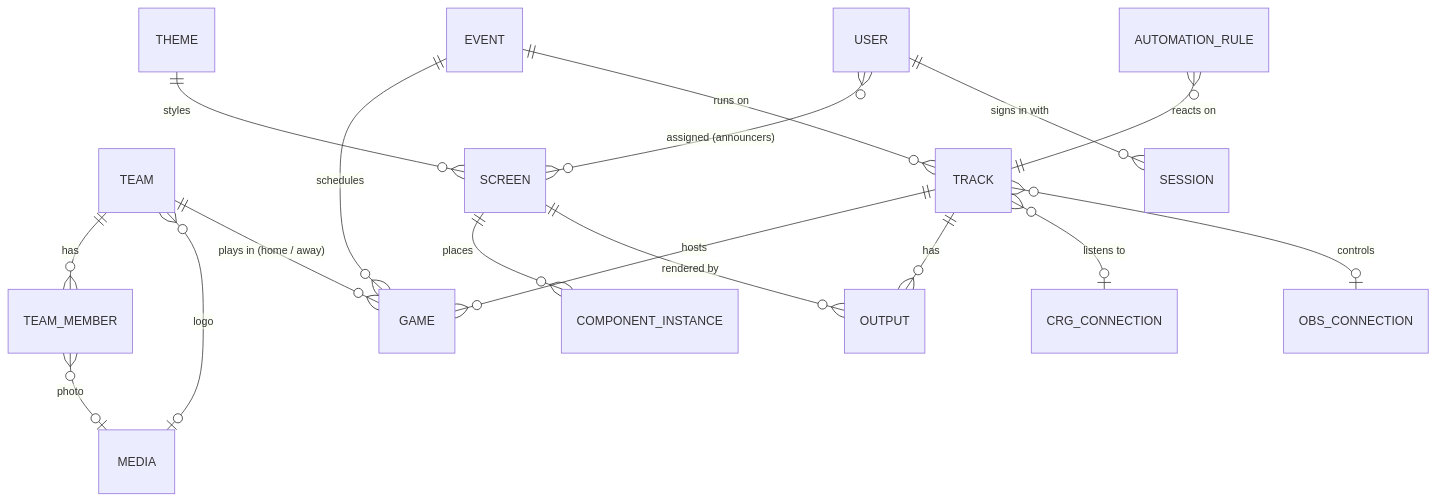
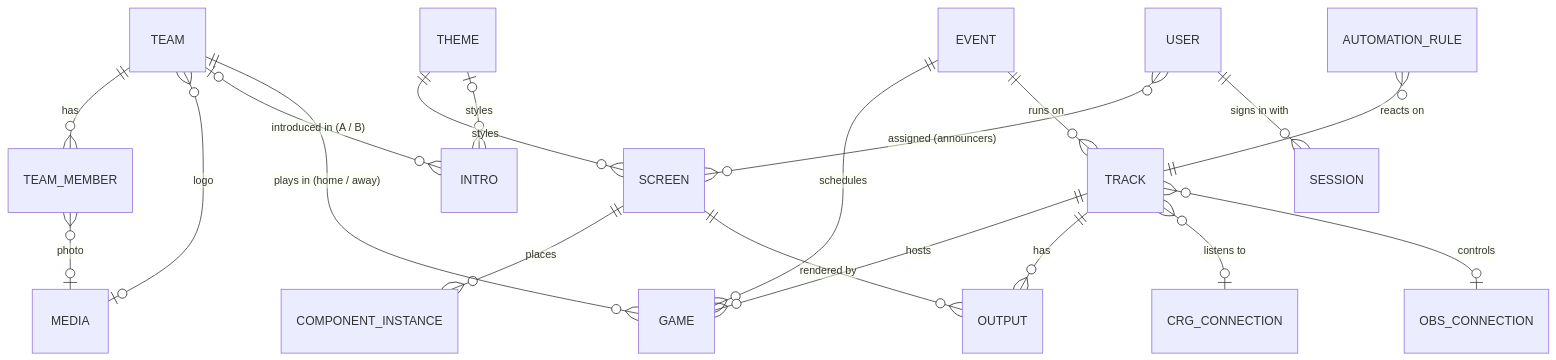
Before and after one commit to wardmanm/rollcall_derby: the diagram in docs/architecture/data-model.md, drawn with Mermaid. The commit also changed other lines of this file and 12 other files, not shown here.

````diff
--- a/docs/architecture/data-model.md
+++ b/docs/architecture/data-model.md
@@ -10,19 +10,21 @@
 ```mermaid
 erDiagram
   TEAM ||--o{ TEAM_MEMBER : has
   TEAM }o--o| MEDIA : "logo"
   TEAM_MEMBER }o--o| MEDIA : "photo"
   THEME ||--o{ SCREEN : styles
+  THEME |o--o{ INTRO : styles
+  TEAM |o--o{ INTRO : "introduced in (A / B)"
   SCREEN ||--o{ COMPONENT_INSTANCE : places
   EVENT ||--o{ GAME : schedules
   EVENT ||--o{ TRACK : "runs on"
   TRACK ||--o{ GAME : hosts
   TEAM ||--o{ GAME : "plays in (home / away)"
   TRACK ||--o{ OUTPUT : has
   SCREEN ||--o{ OUTPUT : "rendered by"
   TRACK }o--o| CRG_CONNECTION : "listens to"
   TRACK }o--o| OBS_CONNECTION : controls
   AUTOMATION_RULE }o--|| TRACK : "reacts on"
   USER }o--o{ SCREEN : "assigned (announcers)"
   USER ||--o{ SESSION : "signs in with"
 ```
````
